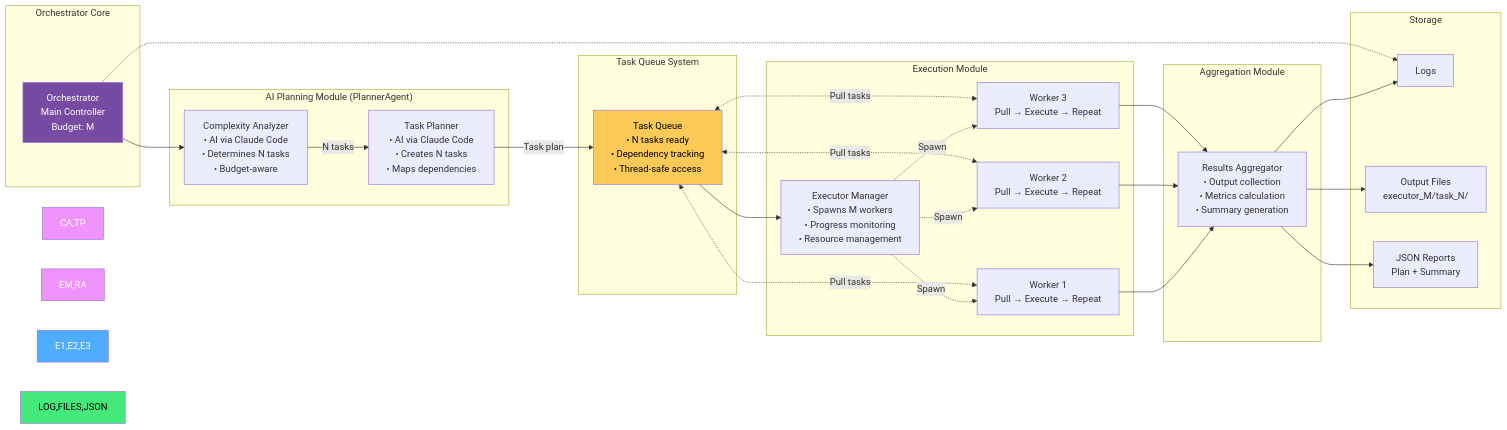
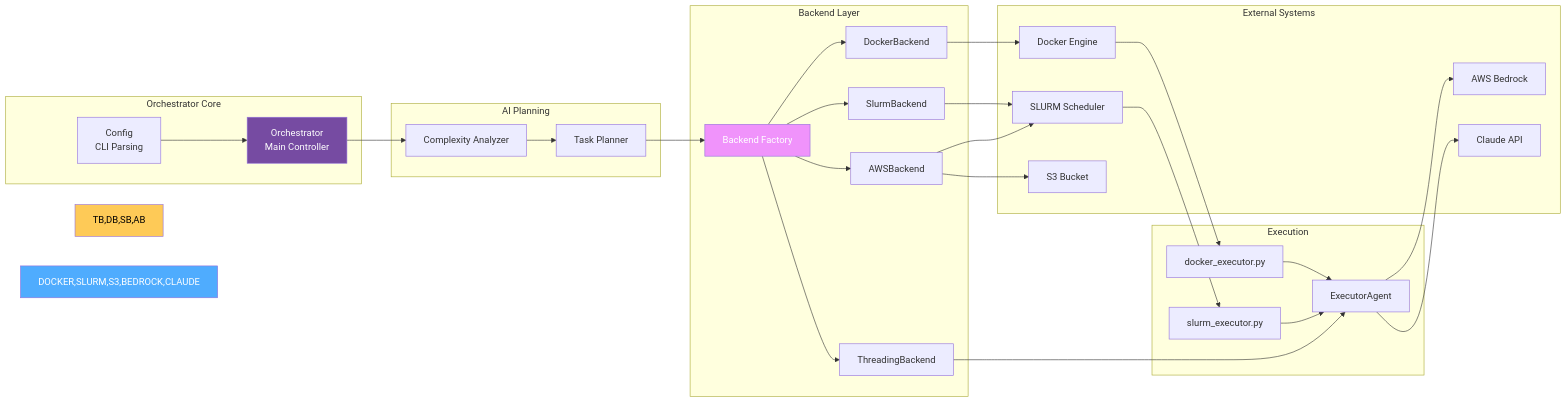
One commit to blackjackptit/factory-agentic-dev changed diagram 12 of 12 in docs/parallel-orchestrator-architecture.md. Above: the diagram before and after it, drawn with Mermaid. The commit also changed other lines of this file and 30 other files, not shown here.

````diff
--- a/docs/parallel-orchestrator-architecture.md
+++ b/docs/parallel-orchestrator-architecture.md
@@ -373,63 +589,65 @@
 ```mermaid
 graph LR
     subgraph "Orchestrator Core"
-        O[Orchestrator<br/>Main Controller<br/>Budget: M]
+        O[Orchestrator<br/>Main Controller]
+        C[Config<br/>CLI Parsing]
     end
 
-    subgraph "AI Planning Module (PlannerAgent)"
-        CA[Complexity Analyzer<br/>• AI via Claude Code<br/>• Determines N tasks<br/>• Budget-aware]
-        TP[Task Planner<br/>• AI via Claude Code<br/>• Creates N tasks<br/>• Maps dependencies]
+    subgraph "AI Planning"
+        CA[Complexity Analyzer]
+        TP[Task Planner]
     end
 
-    subgraph "Task Queue System"
-        TQ[Task Queue<br/>• N tasks ready<br/>• Dependency tracking<br/>• Thread-safe access]
+    subgraph "Backend Layer"
+        BF[Backend Factory]
+        TB[ThreadingBackend]
+        DB[DockerBackend]
+        SB[SlurmBackend]
+        AB[AWSBackend]
     end
 
-    subgraph "Execution Module"
-        EM[Executor Manager<br/>• Spawns M workers<br/>• Progress monitoring<br/>• Resource management]
-
-        E1[Worker 1<br/>Pull → Execute → Repeat]
-        E2[Worker 2<br/>Pull → Execute → Repeat]
-        E3[Worker 3<br/>Pull → Execute → Repeat]
+    subgraph "Execution"
+        DE[docker_executor.py]
+        SE[slurm_executor.py]
+        EA[ExecutorAgent]
     end
 
-    subgraph "Aggregation Module"
-        RA[Results Aggregator<br/>• Output collection<br/>• Metrics calculation<br/>• Summary generation]
+    subgraph "External Systems"
+        DOCKER[Docker Engine]
+        SLURM[SLURM Scheduler]
+        S3[S3 Bucket]
+        BEDROCK[AWS Bedrock]
+        CLAUDE[Claude API]
     end
 
-    subgraph "Storage"
-        LOG[Logs]
-        FILES[Output Files<br/>executor_M/task_N/]
-        JSON[JSON Reports<br/>Plan + Summary]
-    end
+    C --> O
+    O --> CA
+    CA --> TP
+    TP --> BF
 
-    O --> CA
-    CA -->|N tasks| TP
-    TP -->|Task plan| TQ
-    TQ --> EM
+    BF --> TB
+    BF --> DB
+    BF --> SB
+    BF --> AB
 
-    EM -.->|Spawn| E1
-    EM -.->|Spawn| E2
-    EM -.->|Spawn| E3
+    DB --> DOCKER
+    DOCKER --> DE
+    DE --> EA
 
-    E1 <-.->|Pull tasks| TQ
-    E2 <-.->|Pull tasks| TQ
-    E3 <-.->|Pull tasks| TQ
+    SB --> SLURM
+    AB --> SLURM
+    AB --> S3
 
-    E1 --> RA
-    E2 --> RA
-    E3 --> RA
+    SLURM --> SE
+    SE --> EA
 
-    RA --> LOG
-    RA --> FILES
-    RA --> JSON
+    EA --> BEDROCK
+    EA --> CLAUDE
 
-    O -.-> LOG
+    TB --> EA
 
     style O fill:#764ba2,color:#fff
-    style CA,TP fill:#f093fb,color:#fff
-    style TQ fill:#feca57,color:#000
-    style EM,RA fill:#f093fb,color:#fff
-    style E1,E2,E3 fill:#4facfe,color:#fff
-    style LOG,FILES,JSON fill:#43e97b,color:#000
+    style BF fill:#f093fb,color:#fff
+    style TB,DB,SB,AB fill:#feca57,color:#000
+    style DOCKER,SLURM,S3,BEDROCK,CLAUDE fill:#4facfe,color:#fff
 ```
````
